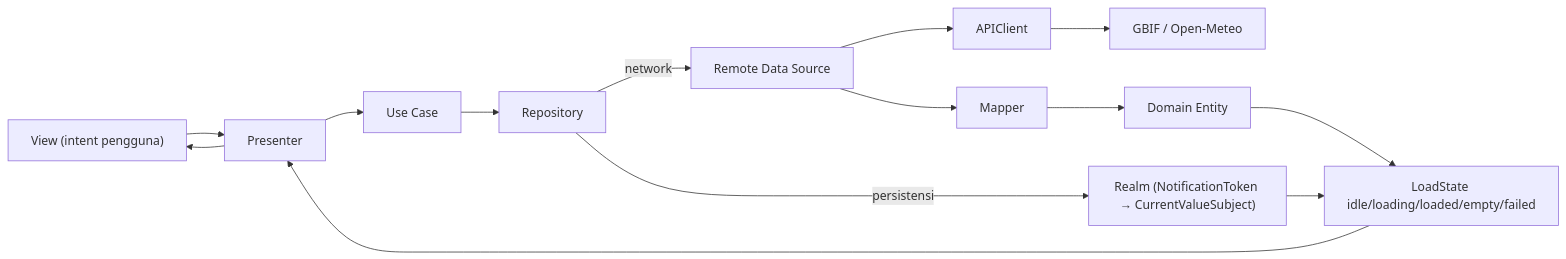
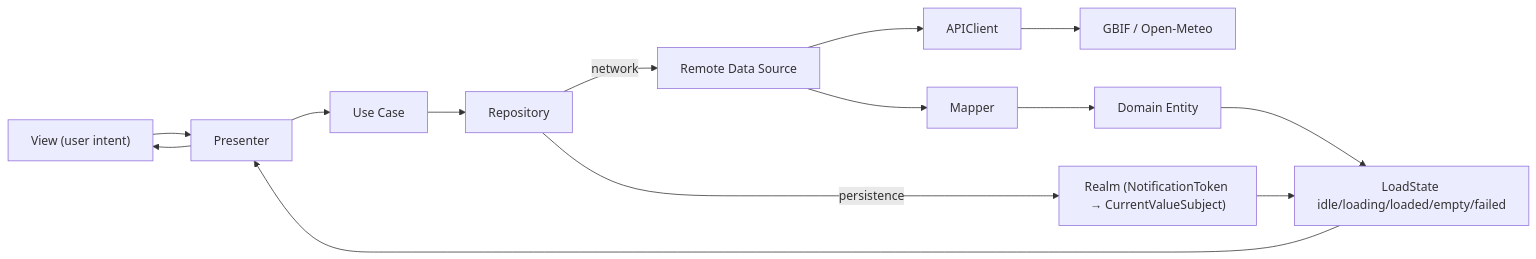
One commit to rfbnr/NaturaPulse changed the second of 2 diagrams in README.md. Above: the diagram before and after it, drawn with Mermaid. The commit also changed other lines of this file and 2 other files, not shown here.

````diff
--- a/README.md
+++ b/README.md
@@ -80,12 +100,12 @@
 ```mermaid
 flowchart LR
-    UI["View (intent pengguna)"] --> PR["Presenter"]
+    UI["View (user intent)"] --> PR["Presenter"]
     PR --> UCC["Use Case"]
     UCC --> REPO["Repository"]
     REPO -->|network| RDS["Remote Data Source"] --> APIC["APIClient"] --> EXT["GBIF / Open-Meteo"]
-    REPO -->|persistensi| REALM["Realm (NotificationToken → CurrentValueSubject)"]
+    REPO -->|persistence| REALM["Realm (NotificationToken → CurrentValueSubject)"]
     RDS --> MAP["Mapper"] --> ENT["Domain Entity"]
     ENT --> STATE["LoadState idle/loading/loaded/empty/failed"]
     REALM --> STATE
     STATE --> PR --> UI
 ```
````
